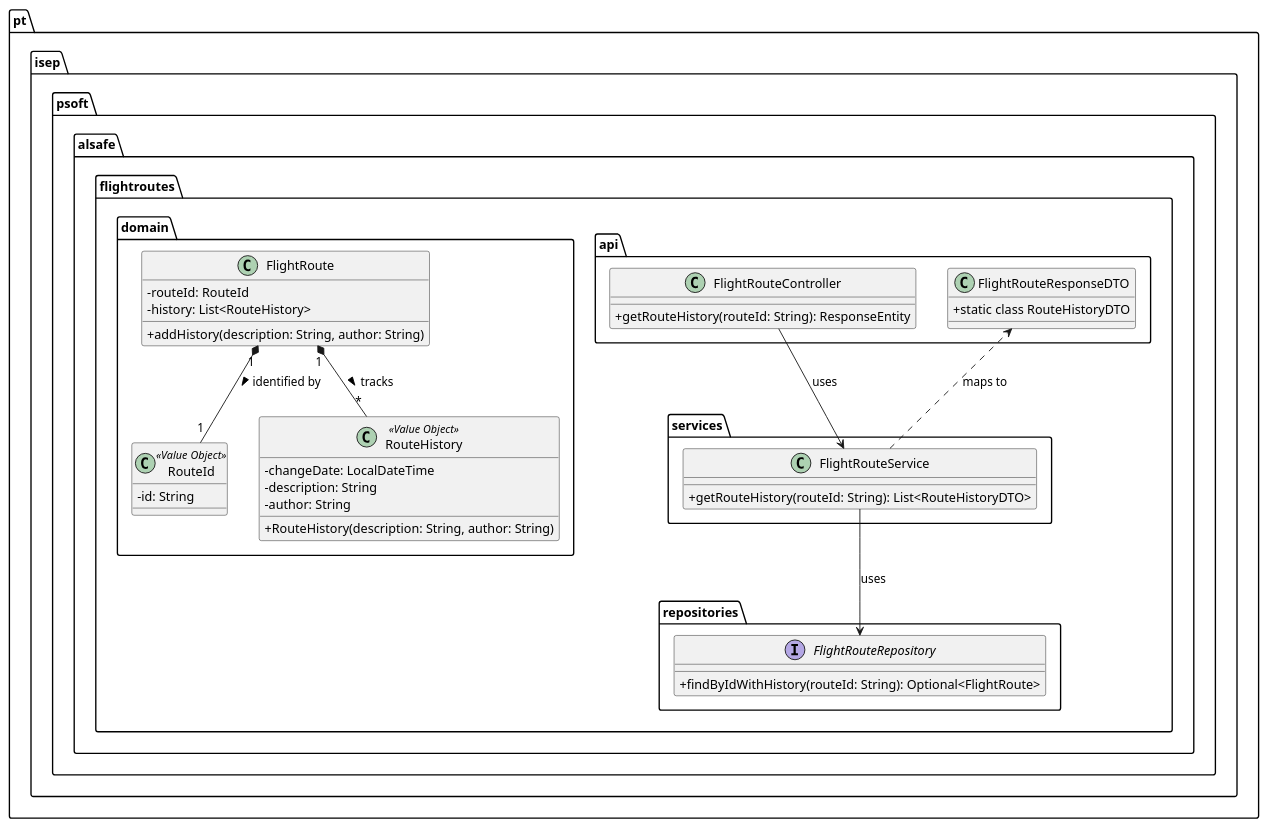
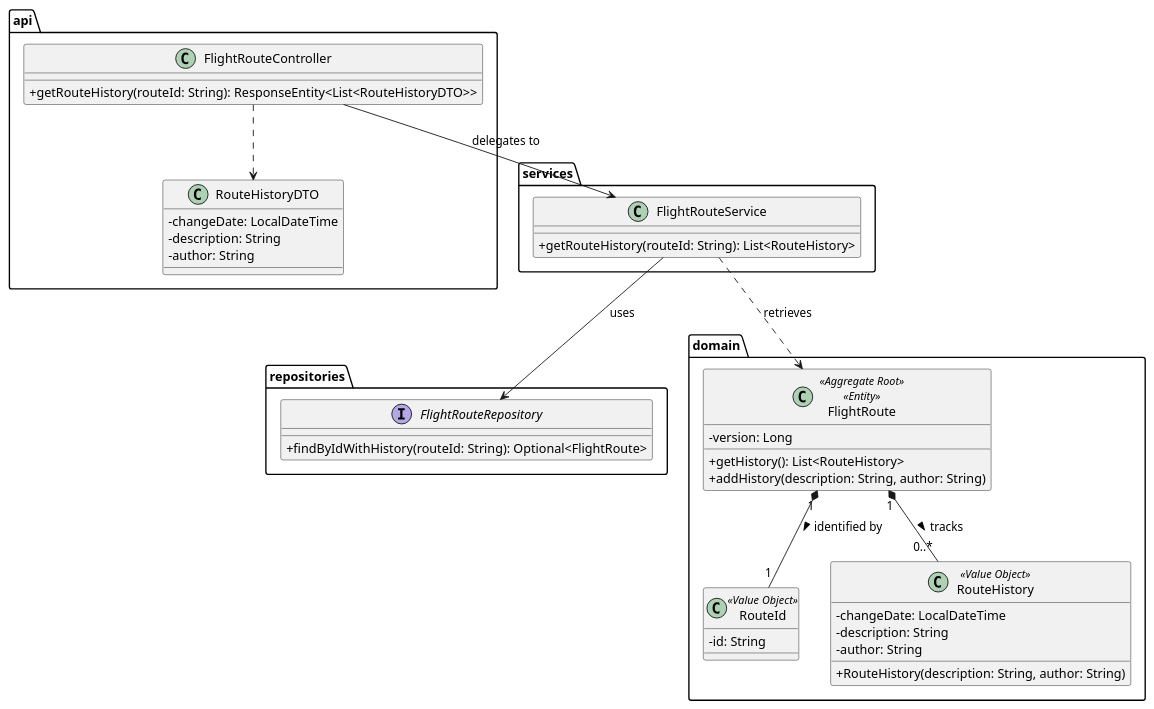
Before and after one commit to Andre-1240567/psoft2026_2DB_1240567_1241013_1240624: the diagram in docs/use-cases/WP#3A/US111/puml/US111-CD.puml, drawn with PlantUML. The commit also changed 43 other files, not shown here.

```diff
--- a/docs/use-cases/WP#3A/US111/puml/US111-CD.puml
+++ b/docs/use-cases/WP#3A/US111/puml/US111-CD.puml
@@ -1,50 +1,53 @@
-@startuml
+@startuml US111-CD
 skinparam classAttributeIconSize 0
 
-package "pt.isep.psoft.alsafe.flightroutes.api" {
+package "api" {
     class FlightRouteController {
-        + getRouteHistory(routeId: String): ResponseEntity
+        + getRouteHistory(routeId: String): ResponseEntity<List<RouteHistoryDTO>>
     }
-    class FlightRouteResponseDTO {
-        + static class RouteHistoryDTO
+    class RouteHistoryDTO {
+        - changeDate: LocalDateTime
+        - description: String
+        - author: String
     }
 }
 
-package "pt.isep.psoft.alsafe.flightroutes.services" {
+package "services" {
     class FlightRouteService {
-        + getRouteHistory(routeId: String): List<RouteHistoryDTO>
+        + getRouteHistory(routeId: String): List<RouteHistory>
     }
 }
 
-package "pt.isep.psoft.alsafe.flightroutes.repositories" {
+package "repositories" {
     interface FlightRouteRepository {
         + findByIdWithHistory(routeId: String): Optional<FlightRoute>
     }
 }
 
-package "pt.isep.psoft.alsafe.flightroutes.domain" {
-    class FlightRoute {
-        - routeId: RouteId
-        - history: List<RouteHistory>
+package "domain" {
+    class FlightRoute <<Aggregate Root>> <<Entity>> {
+        - version: Long
+        + getHistory(): List<RouteHistory>
         + addHistory(description: String, author: String)
     }
 
     class RouteId <<Value Object>> {
         - id: String
     }
 
     class RouteHistory <<Value Object>> {
         - changeDate: LocalDateTime
         - description: String
         - author: String
         + RouteHistory(description: String, author: String)
     }
 }
 
-FlightRouteController --> FlightRouteService : uses
+FlightRouteController ..> RouteHistoryDTO
+FlightRouteController --> FlightRouteService : delegates to
 FlightRouteService --> FlightRouteRepository : uses
-FlightRouteService ..> FlightRouteResponseDTO : maps to
+FlightRouteService ..> FlightRoute : retrieves
 FlightRoute "1" *-- "1" RouteId : identified by >
-FlightRoute "1" *-- "*" RouteHistory : tracks >
+FlightRoute "1" *-- "0..*" RouteHistory : tracks >
 
 @enduml
```
